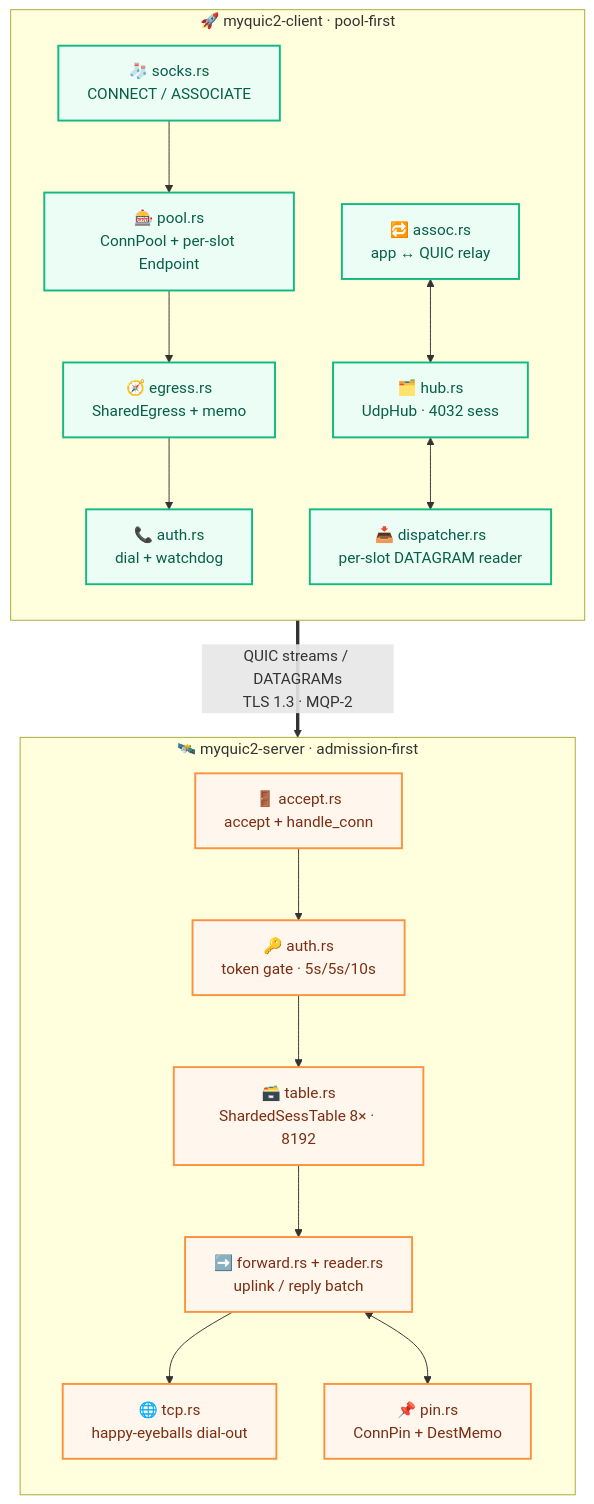
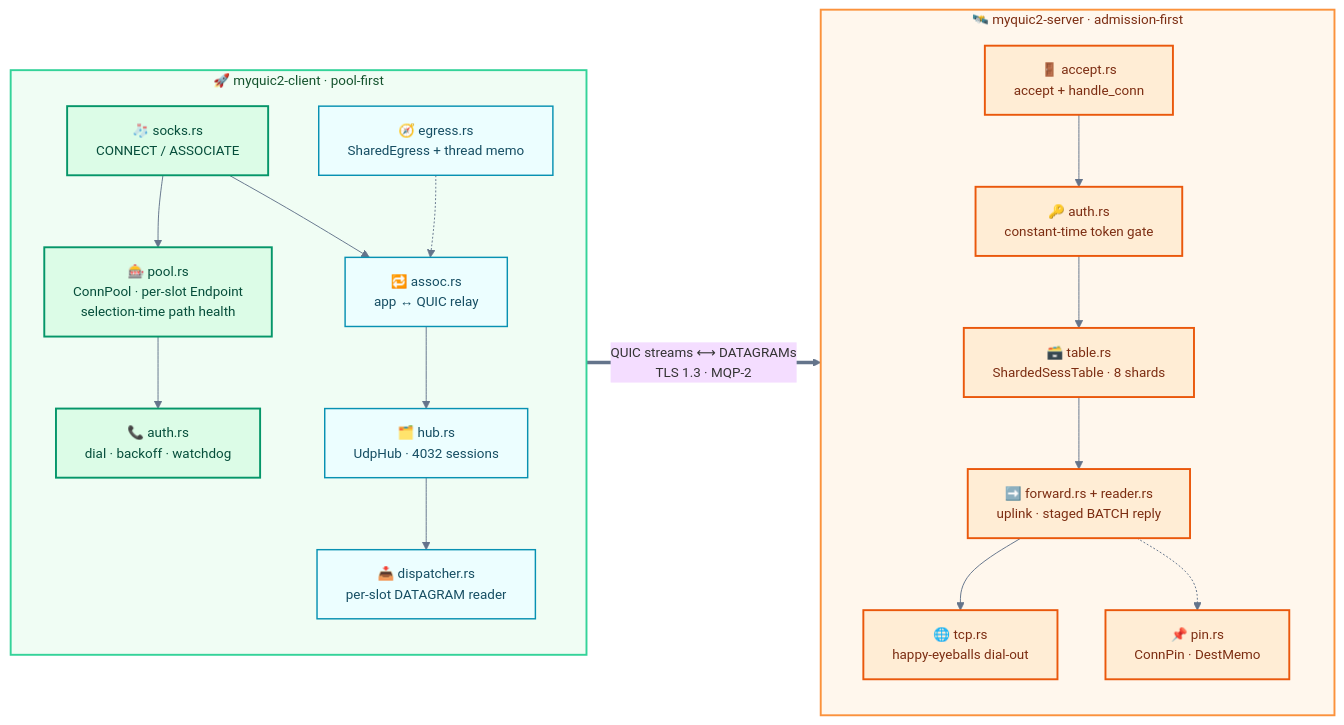
One commit to Terutoki/MyQUIC2 changed the second of 8 diagrams in README.md. Above: the diagram before and after it, drawn with Mermaid. The commit also changed other lines of this file, not shown here.

````diff
--- a/README.md
+++ b/README.md
@@ -85,32 +100,43 @@
 ```mermaid
-flowchart TB
-    subgraph Client["🚀 myquic2-client · pool-first"]
+%%{init: {"theme":"base","themeVariables":{"fontSize":"14px","lineColor":"#64748b"}}}%%
+flowchart LR
+    subgraph CLI["🚀  myquic2-client · pool-first"]
         direction TB
         SOCKS["🧦 socks.rs<br/>CONNECT / ASSOCIATE"]
-        POOL["🎰 pool.rs<br/>ConnPool + per-slot Endpoint"]
-        EGRESS["🧭 egress.rs<br/>SharedEgress + memo"]
-        HUB["🗂️ hub.rs<br/>UdpHub · 4032 sess"]
+        POOL["🎰 pool.rs<br/>ConnPool · per-slot Endpoint<br/>selection-time path health"]
+        EGRESS["🧭 egress.rs<br/>SharedEgress + thread memo"]
+        HUB["🗂️ hub.rs<br/>UdpHub · 4032 sessions"]
+        ASSOC["🔁 assoc.rs<br/>app ↔ QUIC relay"]
         DISP["📥 dispatcher.rs<br/>per-slot DATAGRAM reader"]
-        ASSOC["🔁 assoc.rs<br/>app ↔ QUIC relay"]
-        AUTHC["📞 auth.rs<br/>dial + watchdog"]
+        AUTHC["📞 auth.rs<br/>dial · backoff · watchdog"]
+        SOCKS --> POOL
+        SOCKS --> ASSOC
+        POOL --> AUTHC
+        ASSOC --> HUB
+        HUB --> DISP
+        EGRESS -.-> ASSOC
     end
-    subgraph Server["🛰️ myquic2-server · admission-first"]
+    subgraph SRV["🛰️  myquic2-server · admission-first"]
         direction TB
         ACC["🚪 accept.rs<br/>accept + handle_conn"]
-        AUTHX["🔑 auth.rs<br/>token gate · 5s/5s/10s"]
-        TABLE["🗃️ table.rs<br/>ShardedSessTable 8× · 8192"]
-        FWD["➡️ forward.rs + reader.rs<br/>uplink / reply batch"]
+        AUTHX["🔑 auth.rs<br/>constant-time token gate"]
+        TABLE["🗃️ table.rs<br/>ShardedSessTable · 8 shards"]
+        FWD["➡️ forward.rs + reader.rs<br/>uplink · staged BATCH reply"]
         TCPS["🌐 tcp.rs<br/>happy-eyeballs dial-out"]
-        PIN["📌 pin.rs<br/>ConnPin + DestMemo"]
+        PIN["📌 pin.rs<br/>ConnPin · DestMemo"]
+        ACC --> AUTHX
+        AUTHX --> TABLE
+        TABLE --> FWD
+        FWD --> TCPS
+        FWD -.-> PIN
     end
-    SOCKS --> POOL --> EGRESS --> AUTHC
-    ASSOC <--> HUB <--> DISP
-    AUTHC ==>|"QUIC streams / DATAGRAMs<br/>TLS 1.3 · MQP-2"| ACC
-    ACC --> AUTHX --> TABLE --> FWD --> TCPS
-    FWD <--> PIN
-
-    classDef cli fill:#ecfdf5,stroke:#10b981,stroke-width:2px,color:#065f46
-    classDef srv fill:#fff7ed,stroke:#fb923c,stroke-width:2px,color:#7c2d12
-    class SOCKS,POOL,EGRESS,HUB,DISP,ASSOC,AUTHC cli
+    CLI ==>|"QUIC streams ⟷ DATAGRAMs<br/>TLS 1.3 · MQP-2"| SRV
+    style CLI fill:#f0fdf4,stroke:#34d399,stroke-width:2px,color:#14532d
+    style SRV fill:#fff7ed,stroke:#fb923c,stroke-width:2px,color:#7c2d12
+    classDef cli fill:#dcfce7,stroke:#059669,stroke-width:2px,color:#064e3b
+    classDef cli2 fill:#ecfeff,stroke:#0891b2,stroke-width:1.5px,color:#164e63
+    classDef srv fill:#ffedd5,stroke:#ea580c,stroke-width:2px,color:#7c2d12
+    class SOCKS,POOL,AUTHC cli
+    class EGRESS,HUB,ASSOC,DISP cli2
     class ACC,AUTHX,TABLE,FWD,TCPS,PIN srv
 ```
````
